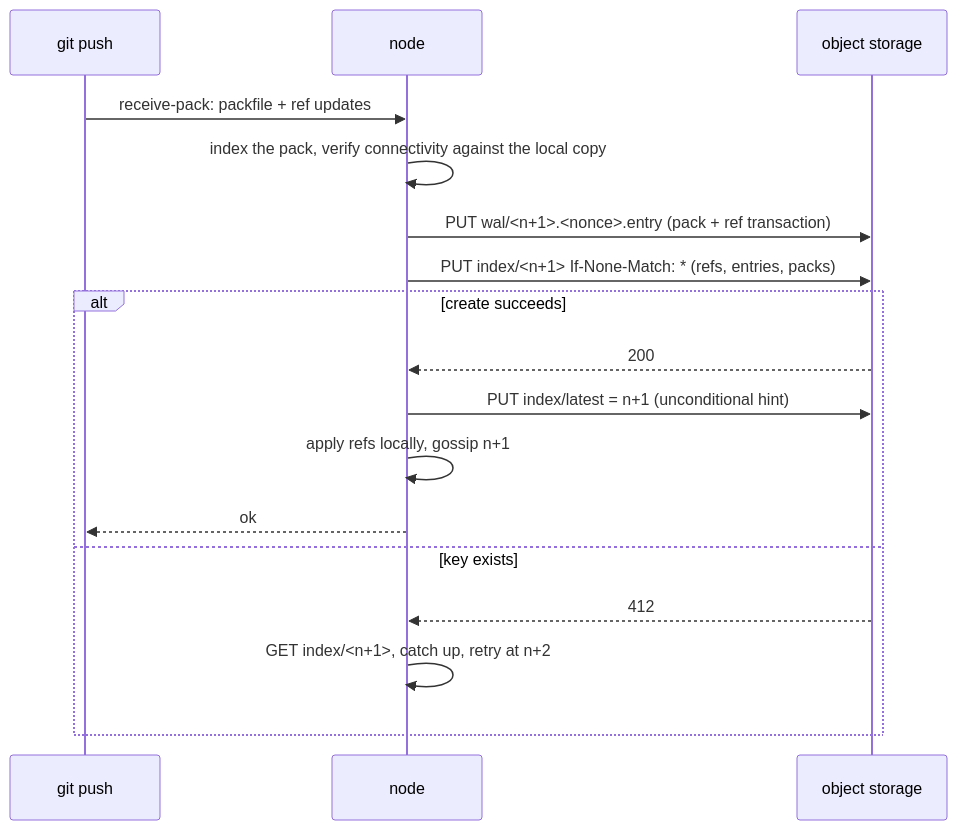
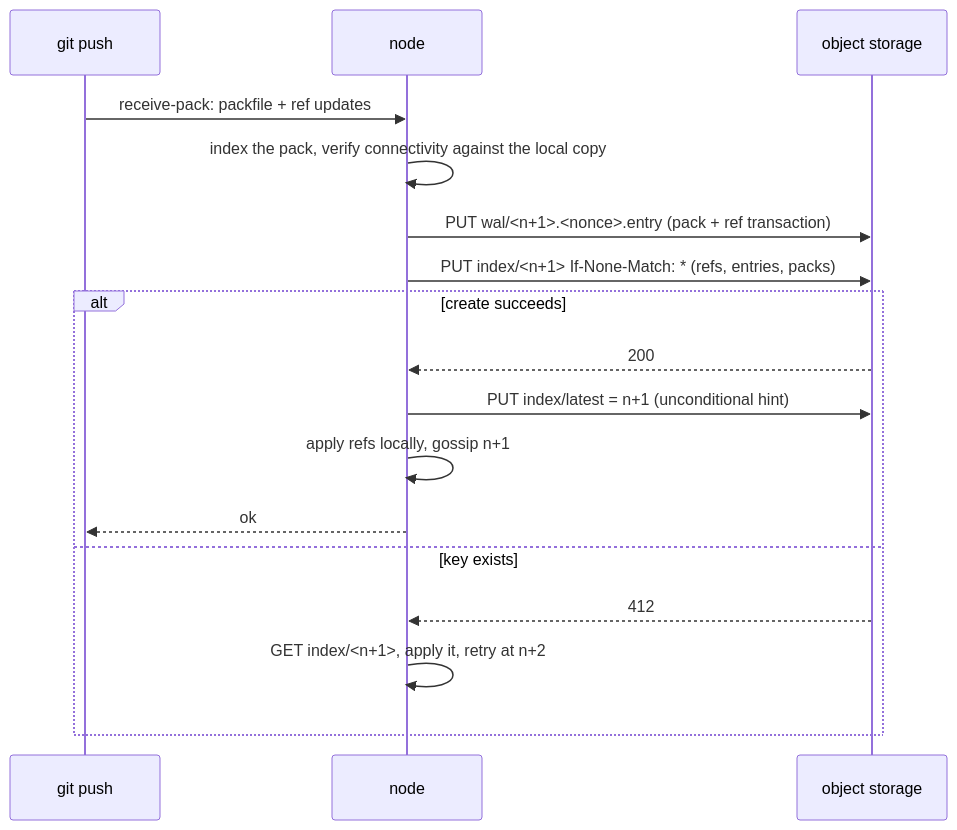
One commit to latere-ai/origo changed the second of 2 diagrams in specs/001-architecture.md. Above: the diagram before and after it, drawn with Mermaid. The commit also changed other lines of this file and 1 other file, not shown here.

````diff
--- a/specs/001-architecture.md
+++ b/specs/001-architecture.md
@@ -106,19 +123,19 @@
 ```mermaid
 sequenceDiagram
   participant C as git push
   participant N as node
   participant S as object storage
   C->>N: receive-pack: packfile + ref updates
   N->>N: index the pack, verify connectivity against the local copy
   N->>S: PUT wal/<n+1>.<nonce>.entry (pack + ref transaction)
   N->>S: PUT index/<n+1> If-None-Match: * (refs, entries, packs)
   alt create succeeds
     S-->>N: 200
     N->>S: PUT index/latest = n+1 (unconditional hint)
     N->>N: apply refs locally, gossip n+1
     N-->>C: ok
   else key exists
     S-->>N: 412
-    N->>N: GET index/<n+1>, catch up, retry at n+2
+    N->>N: GET index/<n+1>, apply it, retry at n+2
   end
 ```
````
